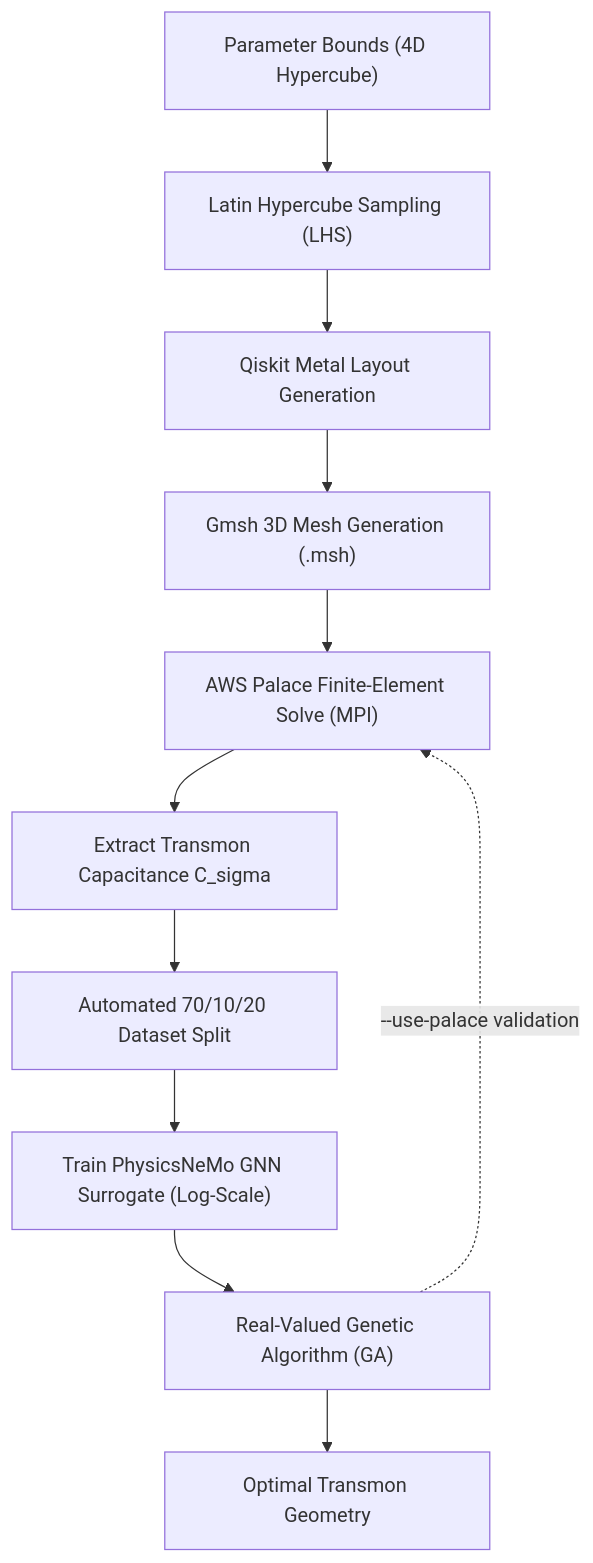
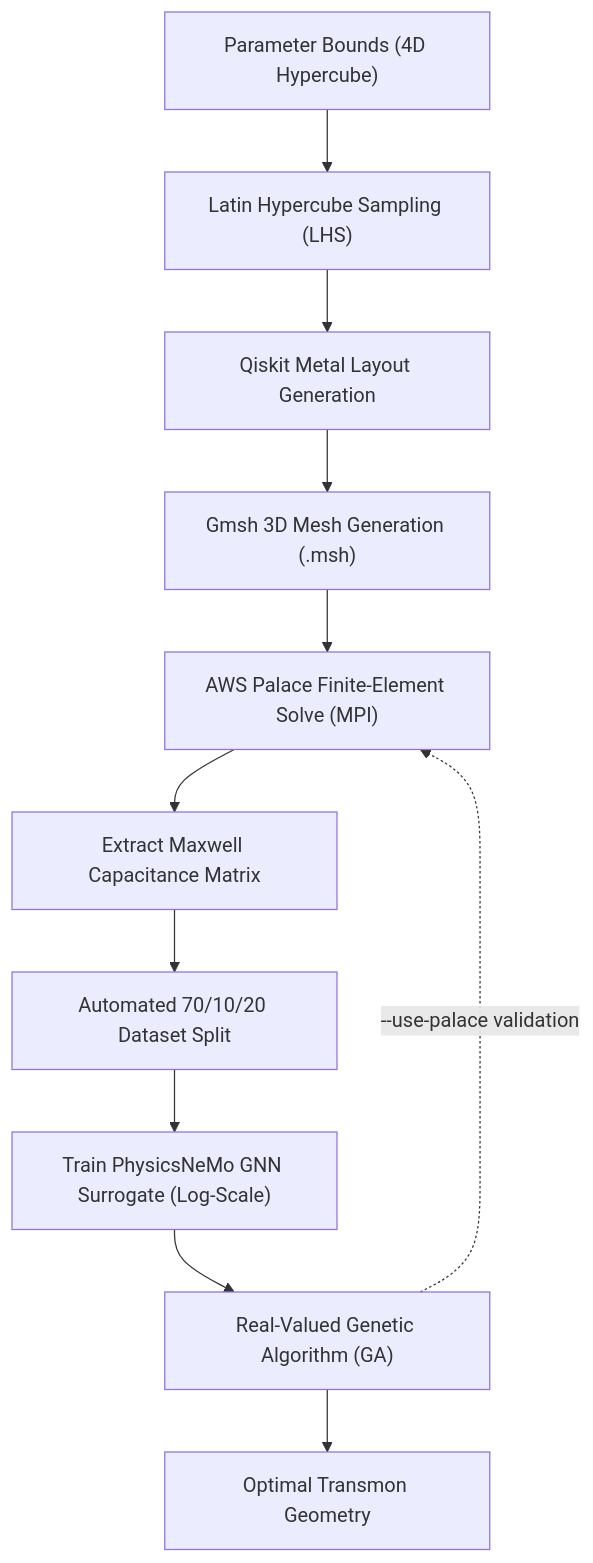
One commit to recursion2612/metal-flow changed the diagram in Opt/Quantum_Opt_Pipeline/README.md. Above: the diagram before and after it, drawn with Mermaid. The commit also changed other lines of this file and 35 other files, not shown here.

````diff
--- a/Opt/Quantum_Opt_Pipeline/README.md
+++ b/Opt/Quantum_Opt_Pipeline/README.md
@@ -34,13 +35,13 @@
 ```mermaid
 flowchart TD
     A["Parameter Bounds (4D Hypercube)"] --> B["Latin Hypercube Sampling (LHS)"]
     B --> C["Qiskit Metal Layout Generation"]
     C --> D["Gmsh 3D Mesh Generation (.msh)"]
     D --> E["AWS Palace Finite-Element Solve (MPI)"]
-    E --> F["Extract Transmon Capacitance C_sigma"]
+    E --> F["Extract Maxwell Capacitance Matrix"]
     F --> G["Automated 70/10/20 Dataset Split"]
     G --> H["Train PhysicsNeMo GNN Surrogate (Log-Scale)"]
     H --> I["Real-Valued Genetic Algorithm (GA)"]
     I --> J["Optimal Transmon Geometry"]
     I -.->|"--use-palace validation"| E
 ```
````
